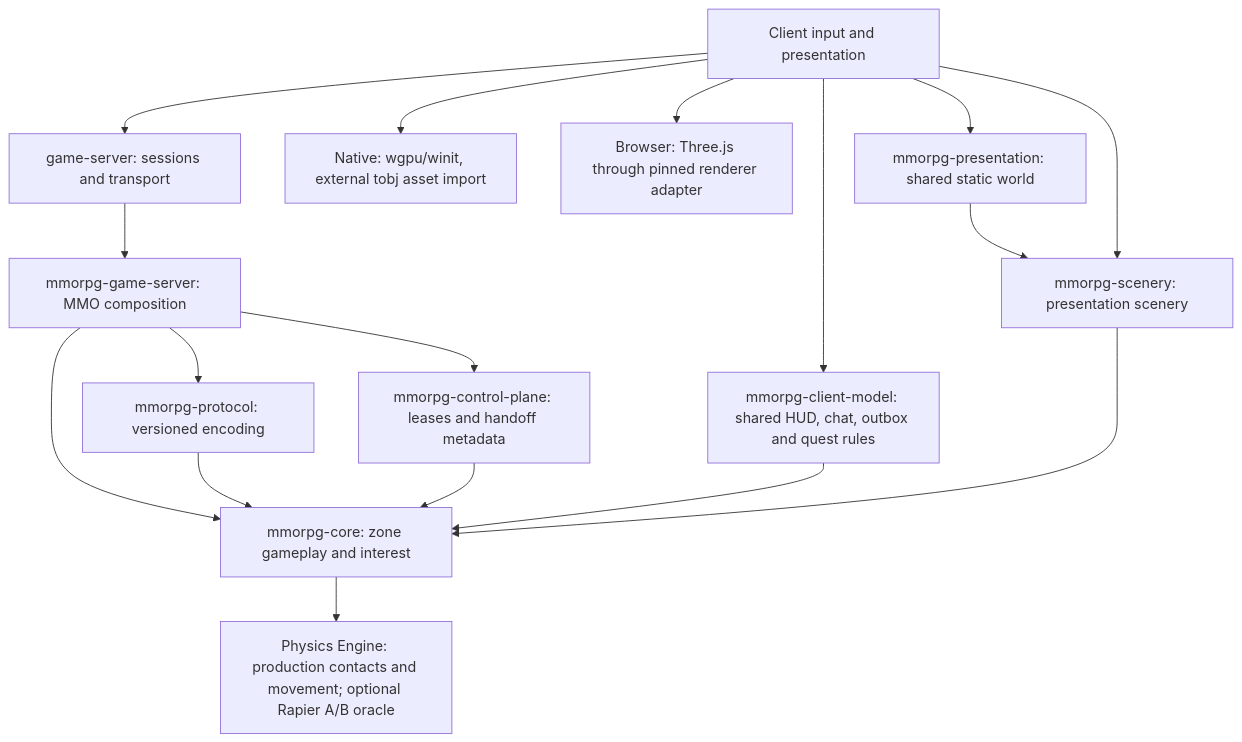
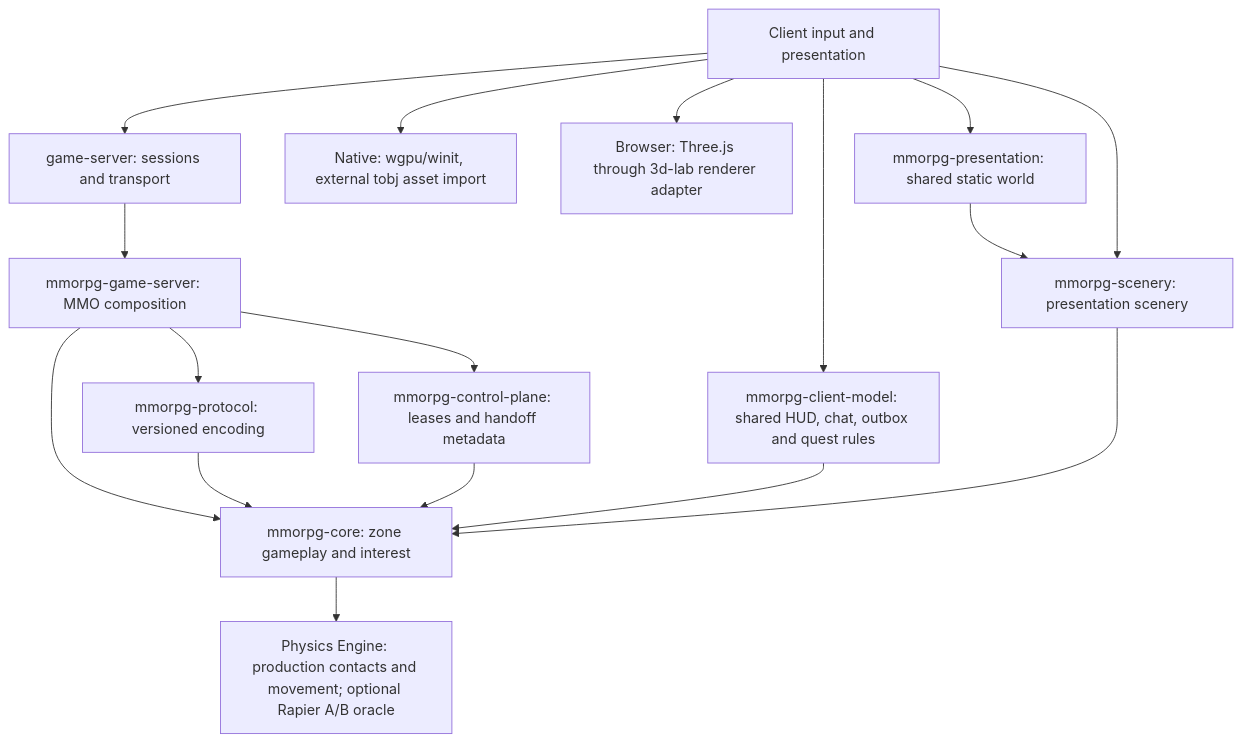
The diagram in docs/ARCHITECTURE.md (moenarch-games/mmorpg), drawn with Mermaid before and after one commit. The commit also changed other lines of this file and 1 other file, not shown here.

First line of the commit message:
Architecture: correct the capability map and host modes (#1134)

````diff
--- a/docs/ARCHITECTURE.md
+++ b/docs/ARCHITECTURE.md
@@ -29,19 +62,19 @@
 ```mermaid
 flowchart TD
     Client[Client input and presentation] --> Transport[game-server: sessions and transport]
     Transport --> Adapter[mmorpg-game-server: MMO composition]
     Adapter --> Directory[mmorpg-control-plane: leases and handoff metadata]
     Adapter --> Protocol[mmorpg-protocol: versioned encoding]
     Adapter --> Core[mmorpg-core: zone gameplay and interest]
     Protocol --> Core
     Directory --> Core
     Core --> Physics[Physics Engine: production contacts and movement; optional Rapier A/B oracle]
     Client --> NativeRenderer[Native: wgpu/winit, external tobj asset import]
-    Client --> BrowserRenderer[Browser: Three.js through pinned renderer adapter]
+    Client --> BrowserRenderer[Browser: Three.js through 3d-lab renderer adapter]
     Client --> Presentation[mmorpg-presentation: shared static world]
     Client --> ClientModel[mmorpg-client-model: shared HUD, chat, outbox and quest rules]
     ClientModel --> Core
     Presentation --> Scenery[mmorpg-scenery: presentation scenery]
     Client --> Scenery
     Scenery --> Core
 ```
````
